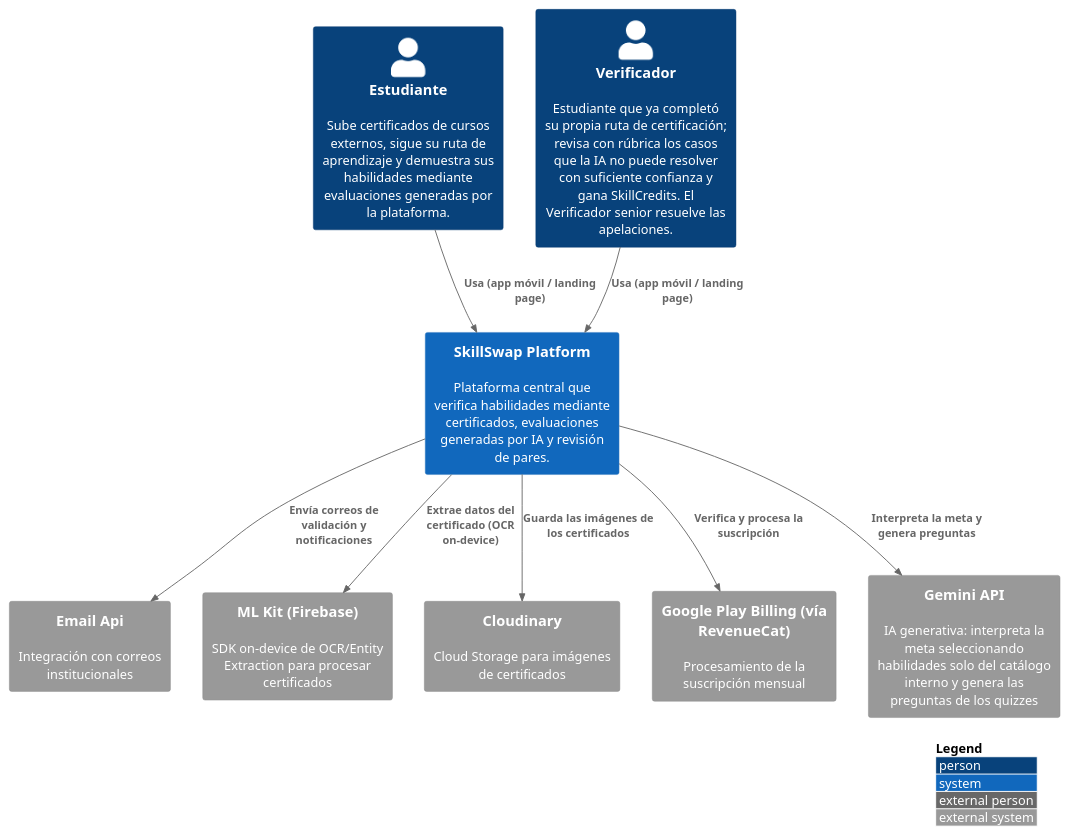
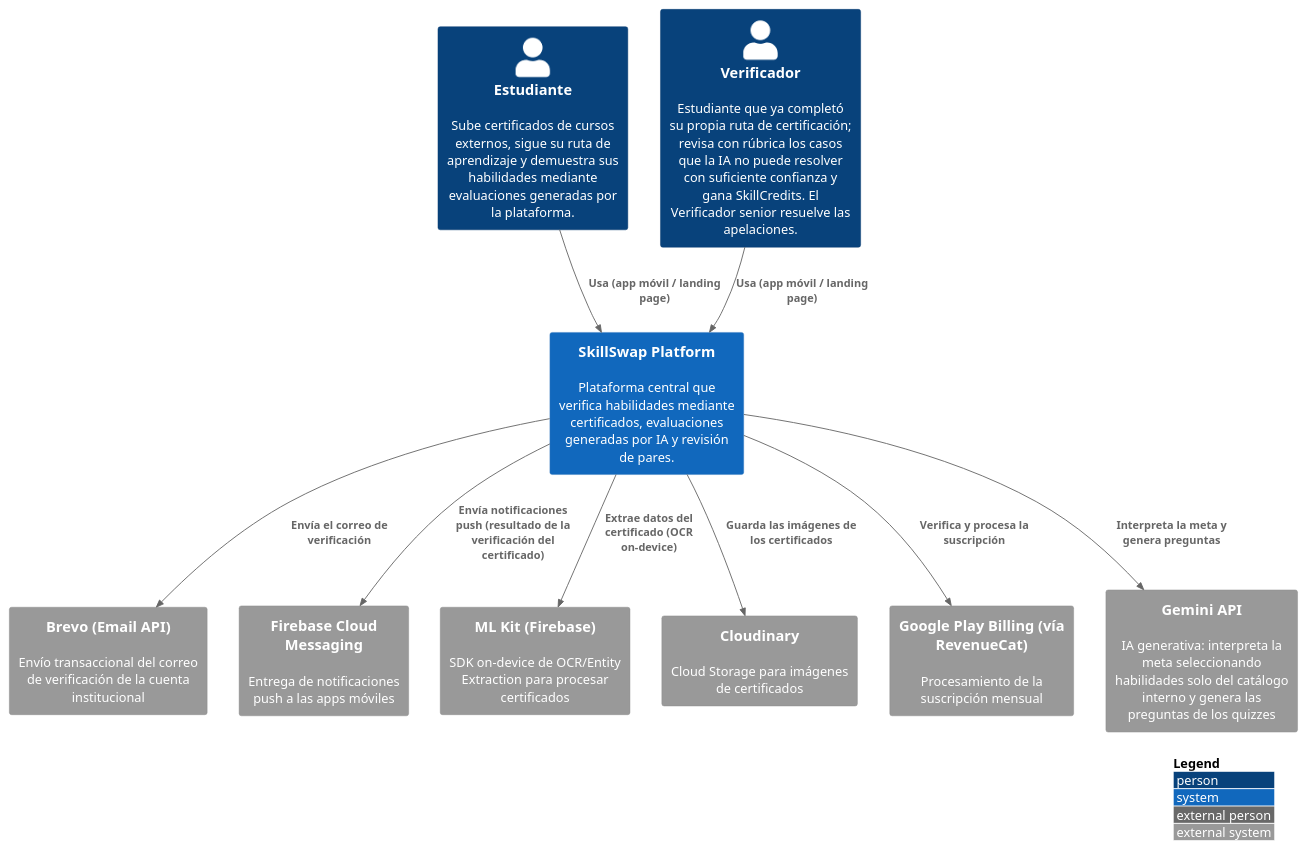
Before and after one commit to Aplicaciones-Dispositivos-Moviles/SkillSwap-ProjectReport: the diagram in DB&C4/System_Context_Diagram.puml, drawn with PlantUML. The commit also changed 49 other files, not shown here.

```diff
--- a/DB&C4/System_Context_Diagram.puml
+++ b/DB&C4/System_Context_Diagram.puml
@@ -1,26 +1,28 @@
 @startuml SkillSwapSystemContext
 !include https://raw.githubusercontent.com/plantuml-stdlib/C4-PlantUML/master/C4_Context.puml
 
 LAYOUT_WITH_LEGEND()
 
 Person(student, "Estudiante", "Sube certificados de cursos externos, sigue su ruta de aprendizaje y demuestra sus habilidades mediante evaluaciones generadas por la plataforma.")
 Person(verifier, "Verificador", "Estudiante que ya completó su propia ruta de certificación; revisa con rúbrica los casos que la IA no puede resolver con suficiente confianza y gana SkillCredits. El Verificador senior resuelve las apelaciones.")
 
 System(skillSwapSystem, "SkillSwap Platform", "Plataforma central que verifica habilidades mediante certificados, evaluaciones generadas por IA y revisión de pares.")
 
-System_Ext(emailService, "Email Api", "Integración con correos institucionales")
+System_Ext(emailService, "Brevo (Email API)", "Envío transaccional del correo de verificación de la cuenta institucional")
+System_Ext(fcm, "Firebase Cloud Messaging", "Entrega de notificaciones push a las apps móviles")
 System_Ext(mlKitService, "ML Kit (Firebase)", "SDK on-device de OCR/Entity Extraction para procesar certificados")
 System_Ext(cloudStorage, "Cloudinary", "Cloud Storage para imágenes de certificados")
 System_Ext(googlePlayBilling, "Google Play Billing (vía RevenueCat)", "Procesamiento de la suscripción mensual")
 System_Ext(geminiApi, "Gemini API", "IA generativa: interpreta la meta seleccionando habilidades solo del catálogo interno y genera las preguntas de los quizzes")
 
 Rel(student, skillSwapSystem, "Usa (app móvil / landing page)")
 Rel(verifier, skillSwapSystem, "Usa (app móvil / landing page)")
 
-Rel(skillSwapSystem, emailService, "Envía correos de validación y notificaciones")
+Rel(skillSwapSystem, emailService, "Envía el correo de verificación")
+Rel(skillSwapSystem, fcm, "Envía notificaciones push (resultado de la verificación del certificado)")
 Rel(skillSwapSystem, mlKitService, "Extrae datos del certificado (OCR on-device)")
 Rel(skillSwapSystem, cloudStorage, "Guarda las imágenes de los certificados")
 Rel(skillSwapSystem, googlePlayBilling, "Verifica y procesa la suscripción")
 Rel(skillSwapSystem, geminiApi, "Interpreta la meta y genera preguntas")
 
 @enduml
```
